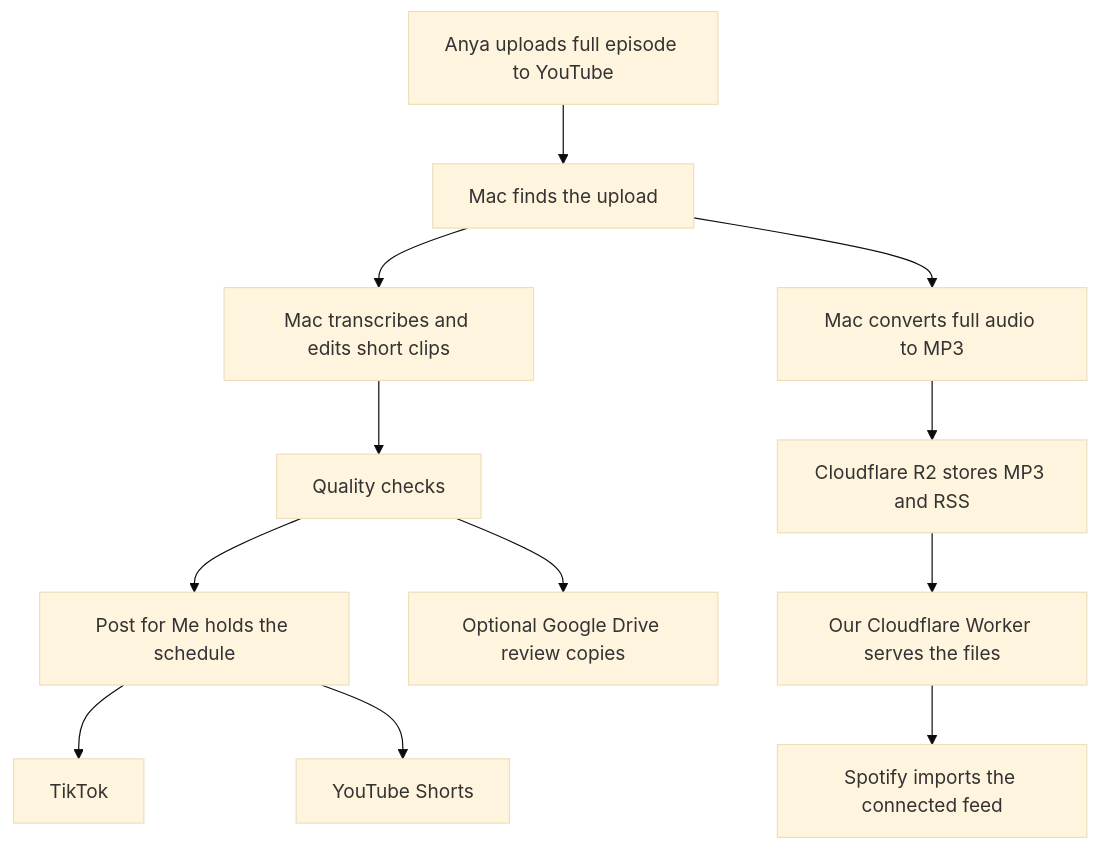
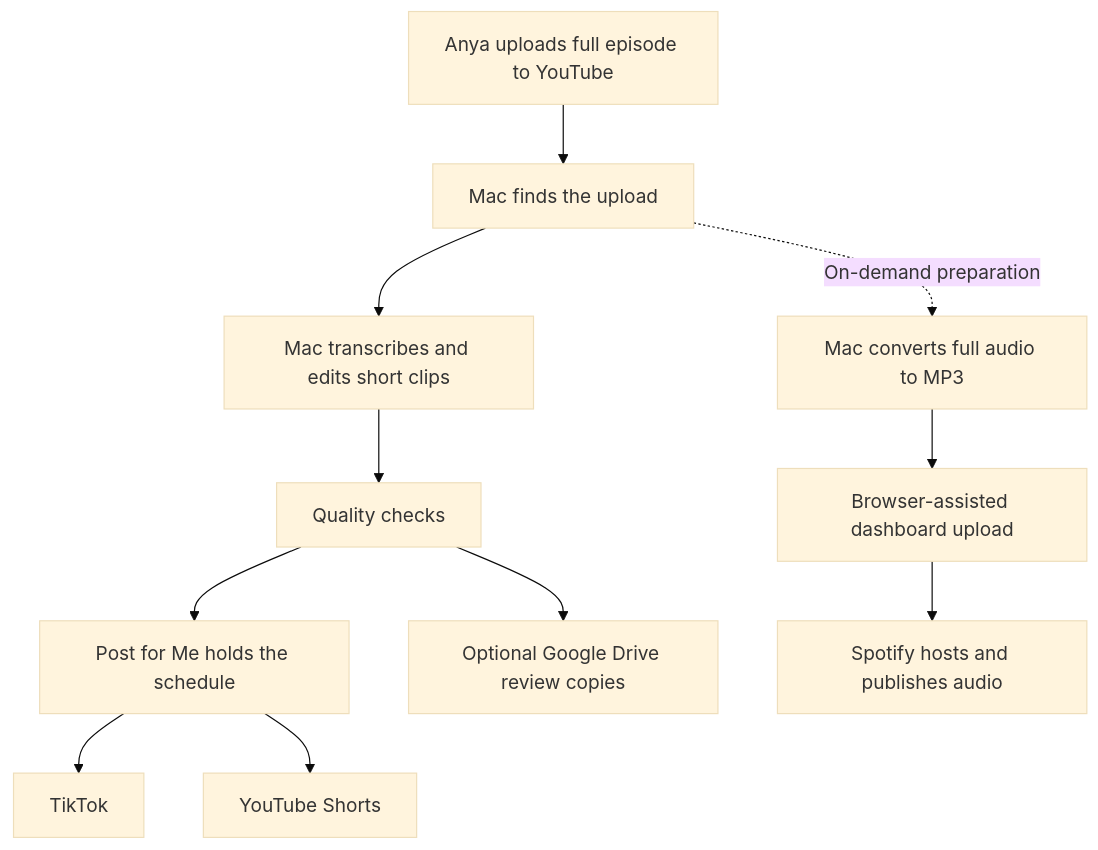
Before and after one commit to samokarplus/booboo-expansion-project: the diagram in PROJECT_GUIDE.md, drawn with Mermaid (base theme). The commit also changed other lines of this file and 2 other files, not shown here.

Commit message:
Clarify publishing schedules, Spotify completion checks and monetization

````diff
--- a/PROJECT_GUIDE.md
+++ b/PROJECT_GUIDE.md
@@ -102,14 +106,13 @@
 ```mermaid
 flowchart TD
     A[Anya uploads full episode to YouTube] --> B[Mac finds the upload]
     B --> C[Mac transcribes and edits short clips]
     C --> D[Quality checks]
     D --> E[Post for Me holds the schedule]
     E --> F[TikTok]
     E --> G[YouTube Shorts]
     D --> H[Optional Google Drive review copies]
-    B --> I[Mac converts full audio to MP3]
-    I --> J[Cloudflare R2 stores MP3 and RSS]
-    J --> K[Our Cloudflare Worker serves the files]
-    K --> L[Spotify imports the connected feed]
+    B -. On-demand preparation .-> I[Mac converts full audio to MP3]
+    I --> J[Browser-assisted dashboard upload]
+    J --> L[Spotify hosts and publishes audio]
 ```
````
